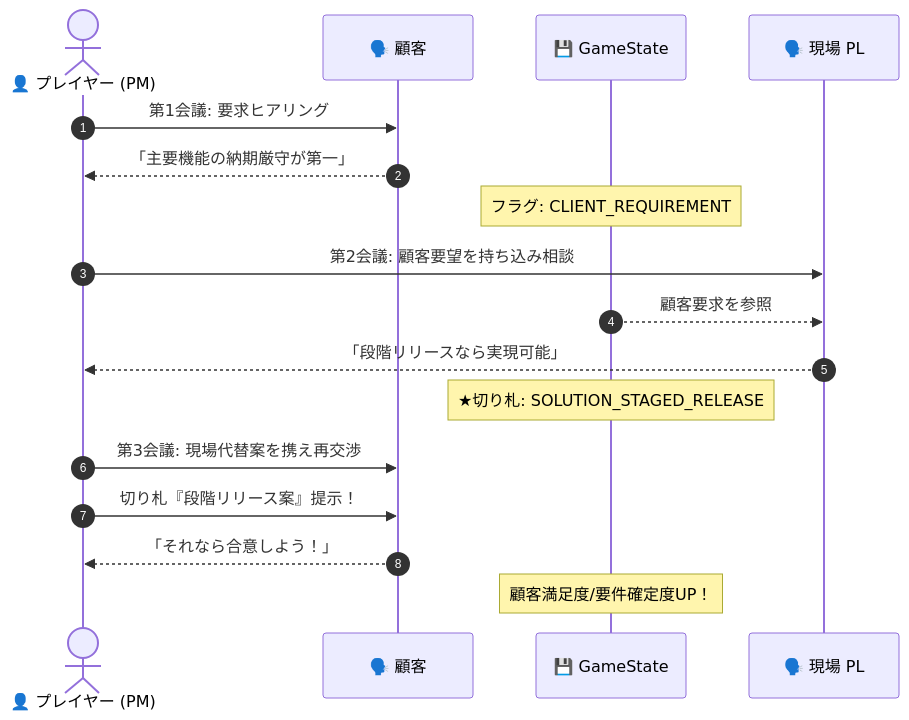
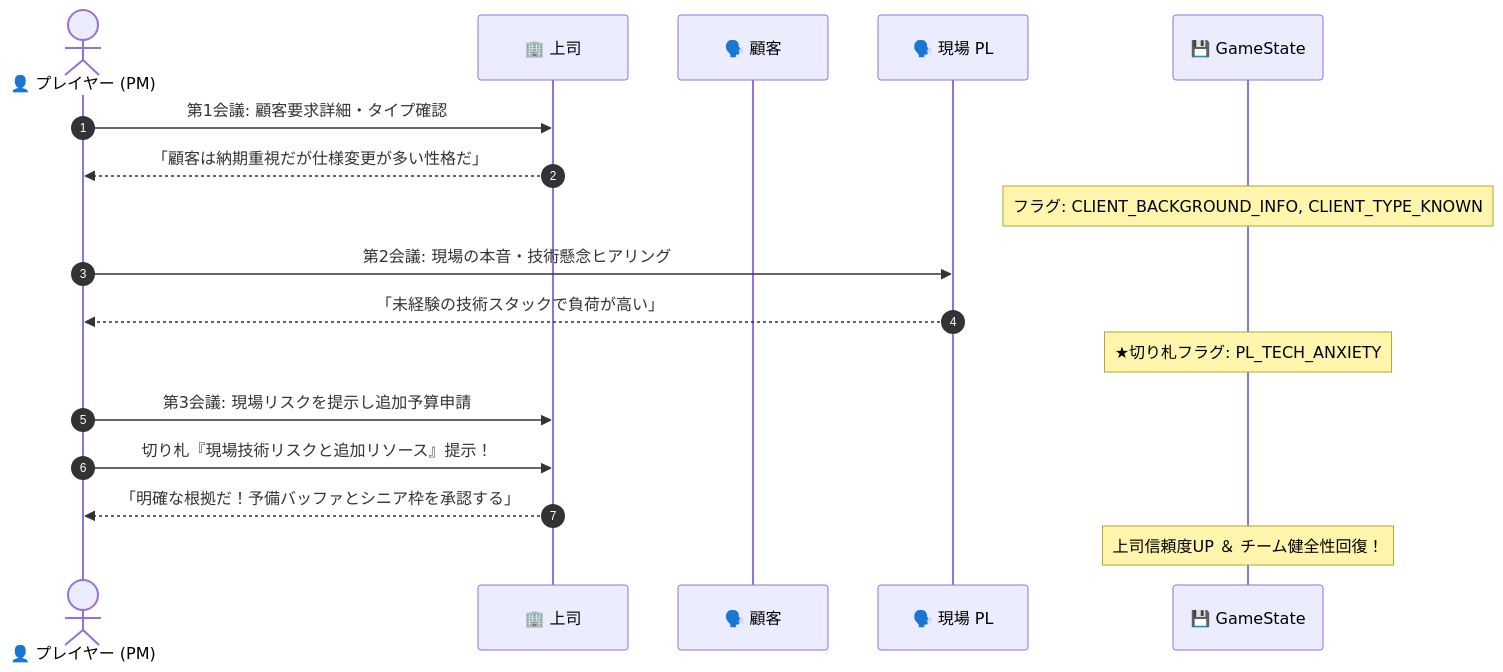
One commit to asabon/pm-simulator changed the second of 3 diagrams in docs/spec/phase1_kickoff.md. Above: the diagram before and after it, drawn with Mermaid. The commit also changed other lines of this file and 2 other files, not shown here.

Commit message:
feat: 上司面談のアクションを再設計（顧客要求詳細・顧客タイプ確認の追加、追加予算申請の切り札化）

````diff
--- a/docs/spec/phase1_kickoff.md
+++ b/docs/spec/phase1_kickoff.md
@@ -49,22 +49,22 @@
 ```mermaid
 sequenceDiagram
     autonumber
     actor PM as 👤 プレイヤー (PM)
+    participant Boss as 🏢 上司
     participant Client as 🗣️ 顧客
+    participant PL as 🗣️ 現場 PL
     participant State as 💾 GameState
-    participant PL as 🗣️ 現場 PL
 
-    PM->>Client: 第1会議: 要求ヒアリング
-    Client-->>PM: 「主要機能の納期厳守が第一」
-    Note over State: フラグ: CLIENT_REQUIREMENT
+    PM->>Boss: 第1会議: 顧客要求詳細・タイプ確認
+    Boss-->>PM: 「顧客は納期重視だが仕様変更が多い性格だ」
+    Note over State: フラグ: CLIENT_BACKGROUND_INFO, CLIENT_TYPE_KNOWN
 
-    PM->>PL: 第2会議: 顧客要望を持ち込み相談
-    State-->>PL: 顧客要求を参照
-    PL-->>PM: 「段階リリースなら実現可能」
-    Note over State: ★切り札: SOLUTION_STAGED_RELEASE
+    PM->>PL: 第2会議: 現場の本音・技術懸念ヒアリング
+    PL-->>PM: 「未経験の技術スタックで負荷が高い」
+    Note over State: ★切り札フラグ: PL_TECH_ANXIETY
 
-    PM->>Client: 第3会議: 現場代替案を携え再交渉
-    PM->>Client: 切り札『段階リリース案』提示！
-    Client-->>PM: 「それなら合意しよう！」
-    Note over State: 顧客満足度/要件確定度UP！
+    PM->>Boss: 第3会議: 現場リスクを提示し追加予算申請
+    PM->>Boss: 切り札『現場技術リスクと追加リソース』提示！
+    Boss-->>PM: 「明確な根拠だ！予備バッファとシニア枠を承認する」
+    Note over State: 上司信頼度UP ＆ チーム健全性回復！
 ```
````
